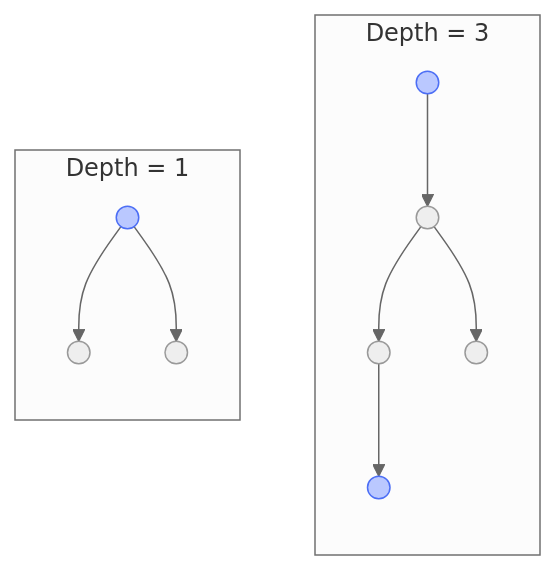
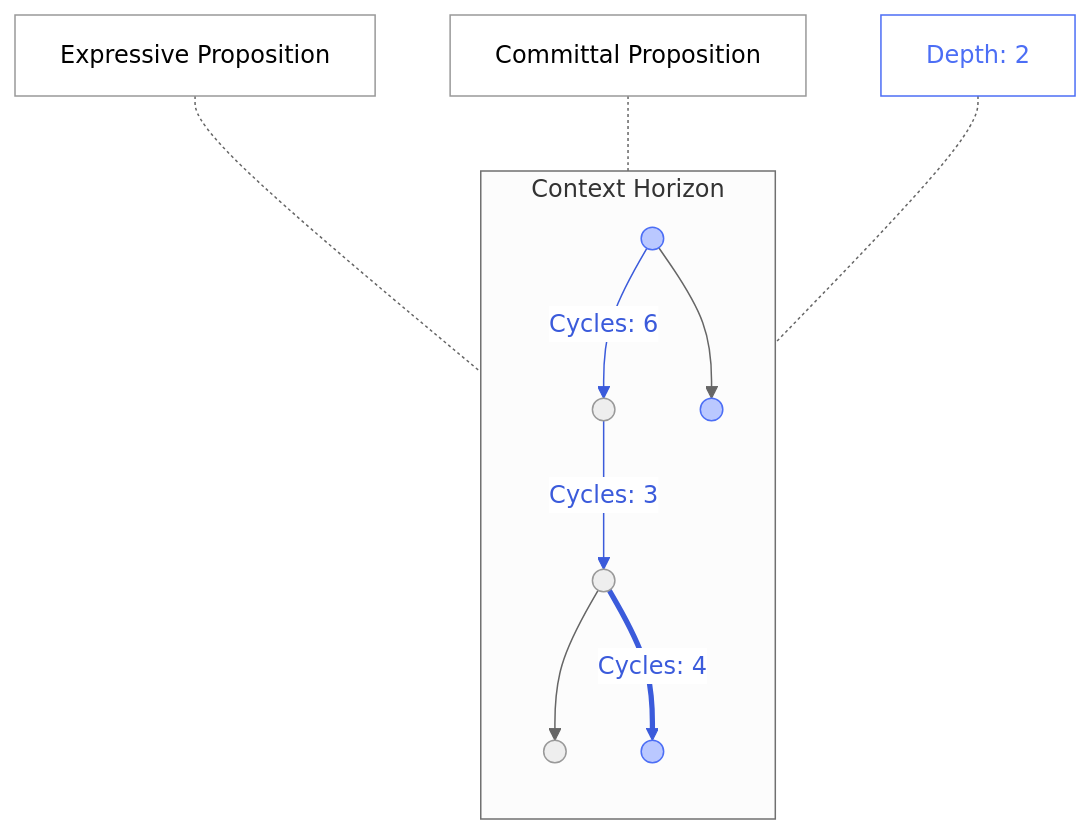
Before and after one commit to clairemira/miranova: the seventh of 10 diagrams in content/commons/01-overview.mdx, drawn with Mermaid. The commit also changed other lines of this file and 2 other files, not shown here.

````diff
--- a/content/commons/01-overview.mdx
+++ b/content/commons/01-overview.mdx
@@ -724,40 +744,47 @@
 ```mermaid
 ---
 config:
   flowchart:
     curve: basis
   theme: neutral
 ---
 flowchart TB
-  direction LR
-
-  subgraph DA["Depth = 3"]
-    direction TB
-
-    P1(( ))
-    P2(( ))
-    P3(( ))
-    P4(( ))
-    P5(( ))
-  end
-
-  subgraph DB["Depth = 1"]
+  subgraph CH1["Context Horizon"]
     direction TB
 
     V1(( ))
     V2(( ))
     V3(( ))
+    V4(( ))
+    V5(( ))
+    V6(( ))
   end
 
-  P1 --> P2
-  P2 --> P3
-  P2 --> P4
-  P3 --> P5
+  EXP["Expressive Proposition"]
+  COM["Committal Proposition"]
+  DEP["Depth: 2"]
 
-  V1 --> V2
+  V1 -->|"Cycles: 6"| V2
   V1 --> V3
+  V2 -->|"Cycles: 3"| V4
+  V4 --> V5
+  V4 ==>|"Cycles: 4"| V6
 
-  classDef longestPath fill:#bac8ff,stroke:#4c6ef5,color:#4c6ef5
+  EXP -.- V4
+  COM -.- V3
+  DEP -.- V6
 
-  class P1,P5,V1 longestPath
+  classDef committalNode fill:#bac8ff,stroke:#4c6ef5,color:#4c6ef5
+
+  class P1,P4,P5,P7,P8,P10,V1,V3,V6,V9 committalNode
+
+  style DEP fill:transparent,color:#4c6ef5,stroke:#4c6ef5
+  style EXP fill:transparent
+  style COM fill:transparent
+
+  %% Negative (-) edges
+  linkStyle 0,2,4 stroke:#3b5bdb,color:#3b5bdb
+
+  %% Positive (+) edges
+  %% linkStyle 6,8,10,12 stroke:#748ffc,color:#748ffc
 ```
````
